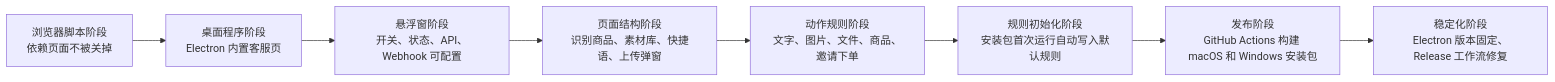
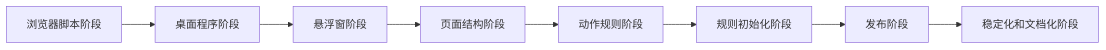
The first of 5 diagrams in docs/project-journey.md (JahanHe/wechat-autoreply), drawn with Mermaid before and after one commit. The commit also changed other lines of this file and 8 other files, not shown here.

````diff
--- a/docs/project-journey.md
+++ b/docs/project-journey.md
@@ -19,10 +19,10 @@
 ```mermaid
 flowchart LR
-  A["浏览器脚本阶段<br/>依赖页面不被关掉"] --> B["桌面程序阶段<br/>Electron 内置客服页"]
-  B --> C["悬浮窗阶段<br/>开关、状态、API、Webhook 可配置"]
-  C --> D["页面结构阶段<br/>识别商品、素材库、快捷语、上传弹窗"]
-  D --> E["动作规则阶段<br/>文字、图片、文件、商品、邀请下单"]
-  E --> F["规则初始化阶段<br/>安装包首次运行自动写入默认规则"]
-  F --> G["发布阶段<br/>GitHub Actions 构建 macOS 和 Windows 安装包"]
-  G --> H["稳定化阶段<br/>Electron 版本固定、Release 工作流修复"]
+  A["浏览器脚本阶段"] --> B["桌面程序阶段"]
+  B --> C["悬浮窗阶段"]
+  C --> D["页面结构阶段"]
+  D --> E["动作规则阶段"]
+  E --> F["规则初始化阶段"]
+  F --> G["发布阶段"]
+  G --> H["稳定化和文档化阶段"]
 ```
````
